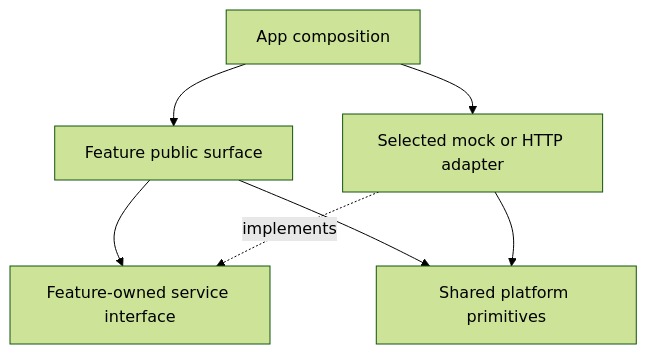
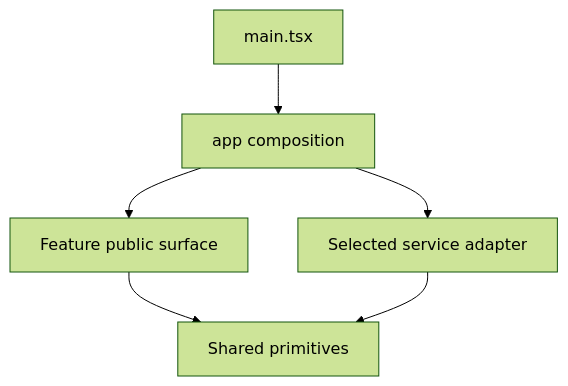
Before and after one commit to phatnguyen975/unihub-workshop: the diagram in docs/client/web/source-structure.md, drawn with Mermaid (forest theme). The commit also changed other lines of this file and 13 other files, not shown here.

First line of the commit message:
docs(client): define feature and platform boundaries

````diff
--- a/docs/client/web/source-structure.md
+++ b/docs/client/web/source-structure.md
@@ -50,9 +53,8 @@
 ```mermaid
 flowchart TD
-  App[App composition] --> Feature[Feature public surface]
-  App --> Adapter[Selected mock or HTTP adapter]
-  Feature --> Service[Feature-owned service interface]
-  Adapter -. implements .-> Service
-  Feature --> Shared[Shared platform primitives]
+  Mount[main.tsx] --> App[app composition]
+  App --> Feature[Feature public surface]
+  App --> Adapter[Selected service adapter]
+  Feature --> Shared[Shared primitives]
   Adapter --> Shared
 ```
````
